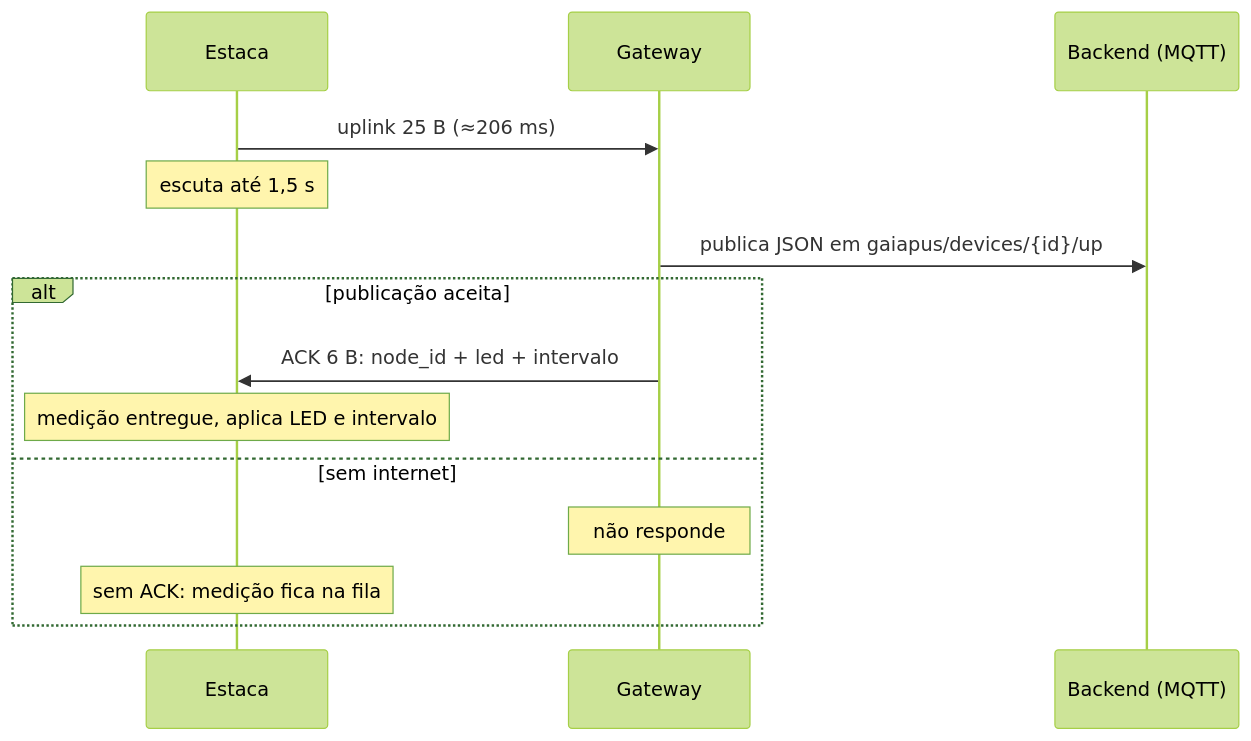
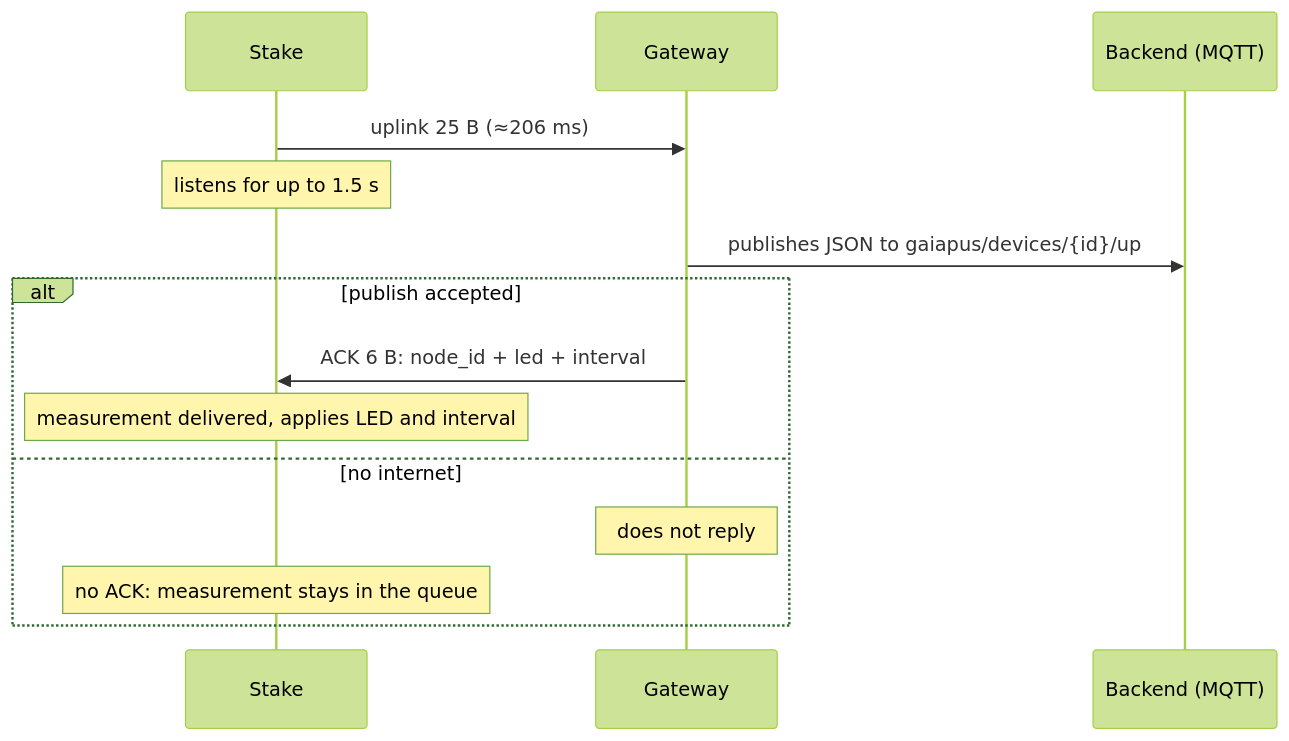
The third of 3 diagrams in docs/firmware.md (mauricioandreata/gaiapus), drawn with Mermaid (forest theme) before and after one commit. The commit also changed other lines of this file and 16 other files, not shown here.

````diff
--- a/docs/firmware.md
+++ b/docs/firmware.md
@@ -216,16 +216,16 @@
 ```mermaid
 sequenceDiagram
-    participant E as Estaca
+    participant S as Stake
     participant G as Gateway
     participant B as Backend (MQTT)
-    E->>G: uplink 25 B (≈206 ms)
-    Note over E: escuta até 1,5 s
-    G->>B: publica JSON em gaiapus/devices/{id}/up
-    alt publicação aceita
-        G->>E: ACK 6 B: node_id + led + intervalo
-        Note over E: medição entregue, aplica LED e intervalo
-    else sem internet
-        Note over G: não responde
-        Note over E: sem ACK: medição fica na fila
+    S->>G: uplink 25 B (≈206 ms)
+    Note over S: listens for up to 1.5 s
+    G->>B: publishes JSON to gaiapus/devices/{id}/up
+    alt publish accepted
+        G->>S: ACK 6 B: node_id + led + interval
+        Note over S: measurement delivered, applies LED and interval
+    else no internet
+        Note over G: does not reply
+        Note over S: no ACK: measurement stays in the queue
     end
 ```
````
